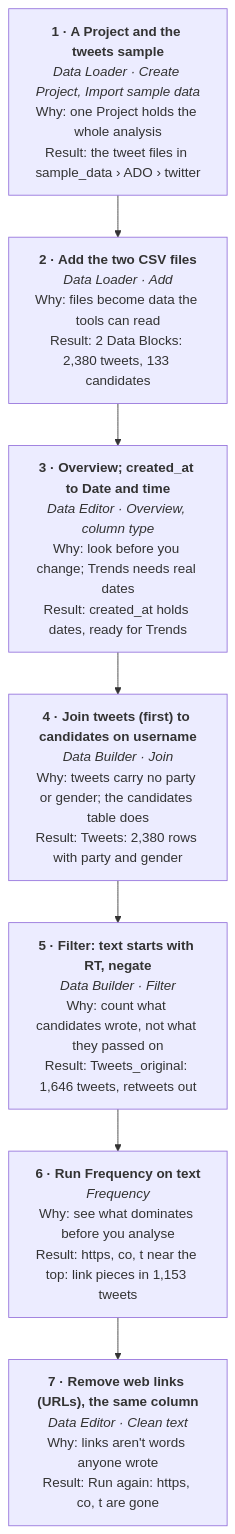
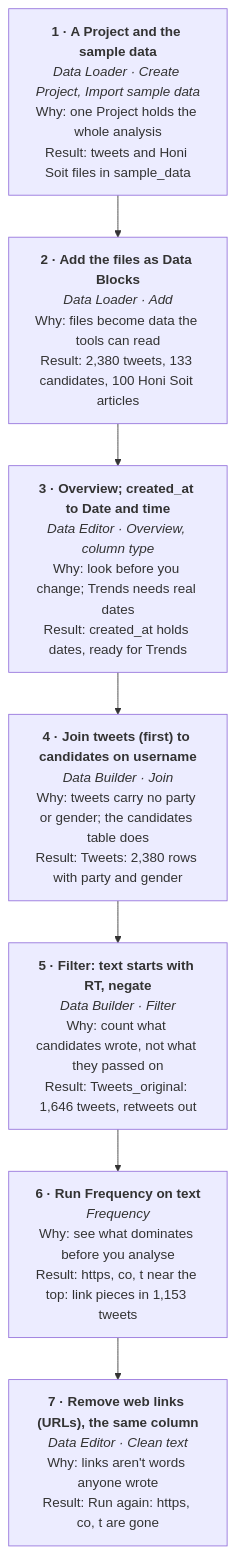
Before and after one commit to milysun/wordflow-workshop: the first of 4 diagrams in participant/hands-on-melbourne.md, drawn with Mermaid. The commit also changed other lines of this file and 8 other files, not shown here.

````diff
--- a/participant/hands-on-melbourne.md
+++ b/participant/hands-on-melbourne.md
@@ -29,32 +31,32 @@
 ```mermaid
 flowchart TD
-  s1["`**1 · A Project and the tweets sample**
+  s1["`**1 · A Project and the sample data**
 *Data Loader · Create Project, Import sample data*
 Why: one Project holds the whole analysis
-Result: the tweet files in sample_data › ADO › twitter`"]
-  s2["`**2 · Add the two CSV files**
+Result: tweets and Honi Soit files in sample_data`"]
+  s2["`**2 · Add the files as Data Blocks**
 *Data Loader · Add*
 Why: files become data the tools can read
-Result: 2 Data Blocks: 2,380 tweets, 133 candidates`"]
+Result: 2,380 tweets, 133 candidates, 100 Honi Soit articles`"]
   s3["`**3 · Overview; created_at to Date and time**
 *Data Editor · Overview, column type*
 Why: look before you change; Trends needs real dates
 Result: created_at holds dates, ready for Trends`"]
   s4["`**4 · Join tweets (first) to candidates on username**
 *Data Builder · Join*
 Why: tweets carry no party or gender; the candidates table does
 Result: Tweets: 2,380 rows with party and gender`"]
   s5["`**5 · Filter: text starts with RT, negate**
 *Data Builder · Filter*
 Why: count what candidates wrote, not what they passed on
 Result: Tweets_original: 1,646 tweets, retweets out`"]
   s6["`**6 · Run Frequency on text**
 *Frequency*
 Why: see what dominates before you analyse
 Result: https, co, t near the top: link pieces in 1,153 tweets`"]
   s7["`**7 · Remove web links (URLs), the same column**
 *Data Editor · Clean text*
 Why: links aren't words anyone wrote
 Result: Run again: https, co, t are gone`"]
   s1 --> s2 --> s3 --> s4 --> s5 --> s6 --> s7
 ```
````
